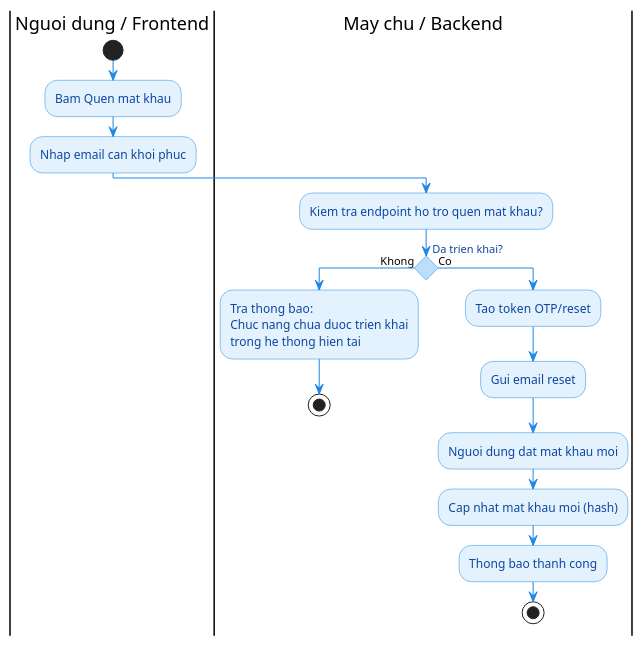
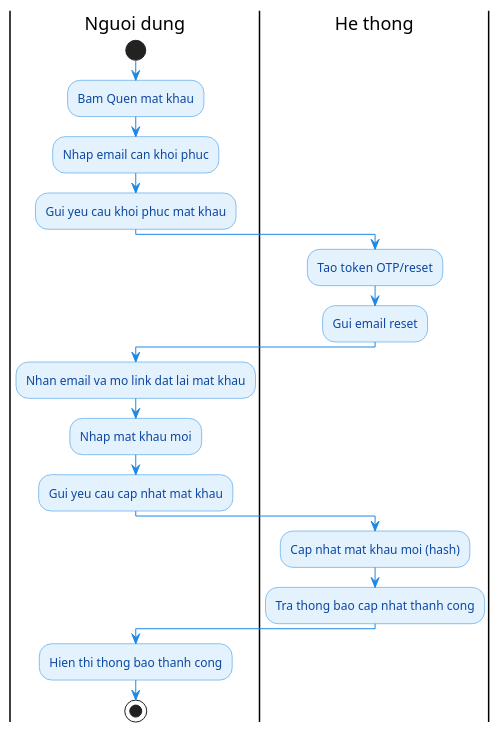
The diagram in server/doc/diagrams/ACT_06_QuenMatKhau.puml (yqhuouc/HealthCare), drawn with PlantUML before and after one commit. The commit also changed 12 other files, not shown here.

Commit message:
docs: add PlantUML activity diagrams for core system workflows and initialize server configuration files

```diff
--- a/server/doc/diagrams/ACT_06_QuenMatKhau.puml
+++ b/server/doc/diagrams/ACT_06_QuenMatKhau.puml
@@ -1,38 +1,42 @@
 @startuml Activity_QuenMatKhau
 
 skinparam shadowing false
 skinparam backgroundColor white
 skinparam conditionStyle diamond
 skinparam ConditionEndStyle hline
 
 skinparam activity {
   BackgroundColor #E3F2FD
   BorderColor #1E88E5
   FontColor #0D47A1
   RoundCorner 15
 }
 
 skinparam activityDiamondBackgroundColor #BBDEFB
 skinparam activityDiamondBorderColor #1E88E5
 skinparam activityDiamondFontColor #0D47A1
 skinparam ArrowColor #1E88E5
 
-|Nguoi dung / Frontend|
+|Nguoi dung|
 start
 :Bam Quen mat khau;
 :Nhap email can khoi phuc;
+:Gui yeu cau khoi phuc mat khau;
 
-|May chu / Backend|
-:Kiem tra endpoint ho tro quen mat khau?;
-if (Da trien khai?) then (Khong)
-  :Tra thong bao:\nChuc nang chua duoc trien khai\ntrong he thong hien tai;
-  stop
-else (Co)
-  :Tao token OTP/reset;
-  :Gui email reset;
-  :Nguoi dung dat mat khau moi;
-  :Cap nhat mat khau moi (hash);
-  :Thong bao thanh cong;
-  stop
-endif
+|He thong|
+:Tao token OTP/reset;
+:Gui email reset;
+
+|Nguoi dung|
+:Nhan email va mo link dat lai mat khau;
+:Nhap mat khau moi;
+:Gui yeu cau cap nhat mat khau;
+
+|He thong|
+:Cap nhat mat khau moi (hash);
+:Tra thong bao cap nhat thanh cong;
+
+|Nguoi dung|
+:Hien thi thong bao thanh cong;
+stop
 @enduml
```
